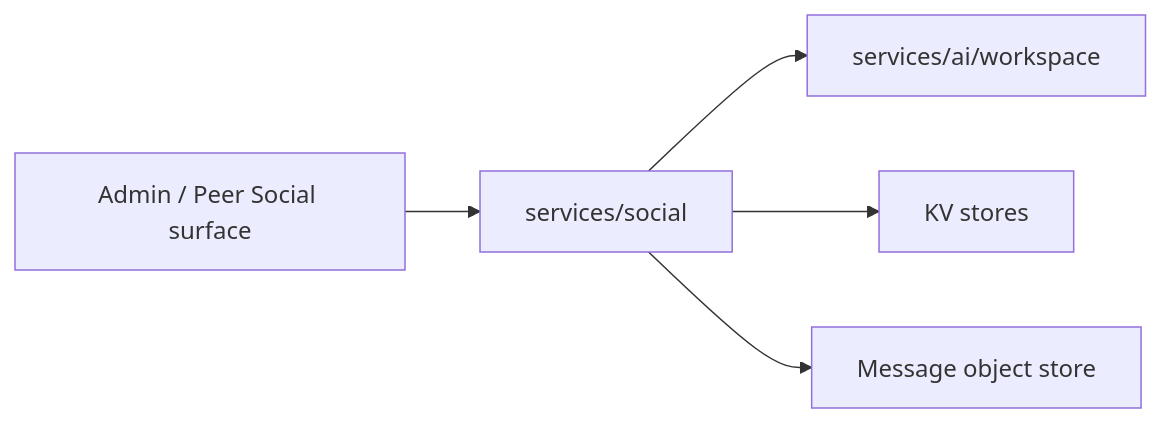
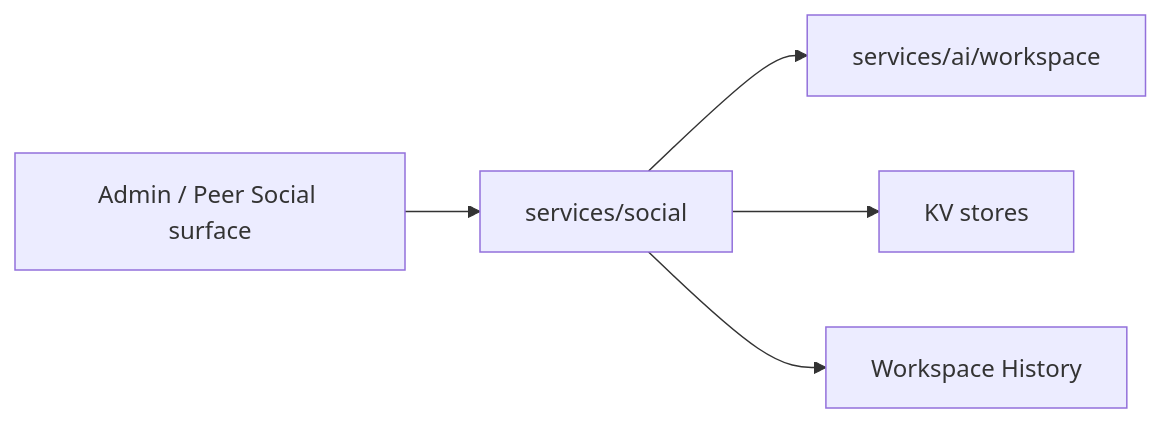
Before and after one commit to GizClaw/gizclaw: the diagram in guides/en/developing/gizclaw/services/social.md, drawn with Mermaid. The commit also changed other lines of this file and 61 other files, not shown here.

First line of the commit message:
social: serve friend group messages from workspace history

````diff
--- a/guides/en/developing/gizclaw/services/social.md
+++ b/guides/en/developing/gizclaw/services/social.md
@@ -50,7 +52,7 @@
 ```mermaid
 flowchart LR
     Surface["Admin / Peer Social surface"] --> Social["services/social"]
     Social --> Workspace["services/ai/workspace"]
     Social --> KV["KV stores"]
-    Social --> Assets["Message object store"]
+    Social --> History["Workspace History"]
 ```
````
